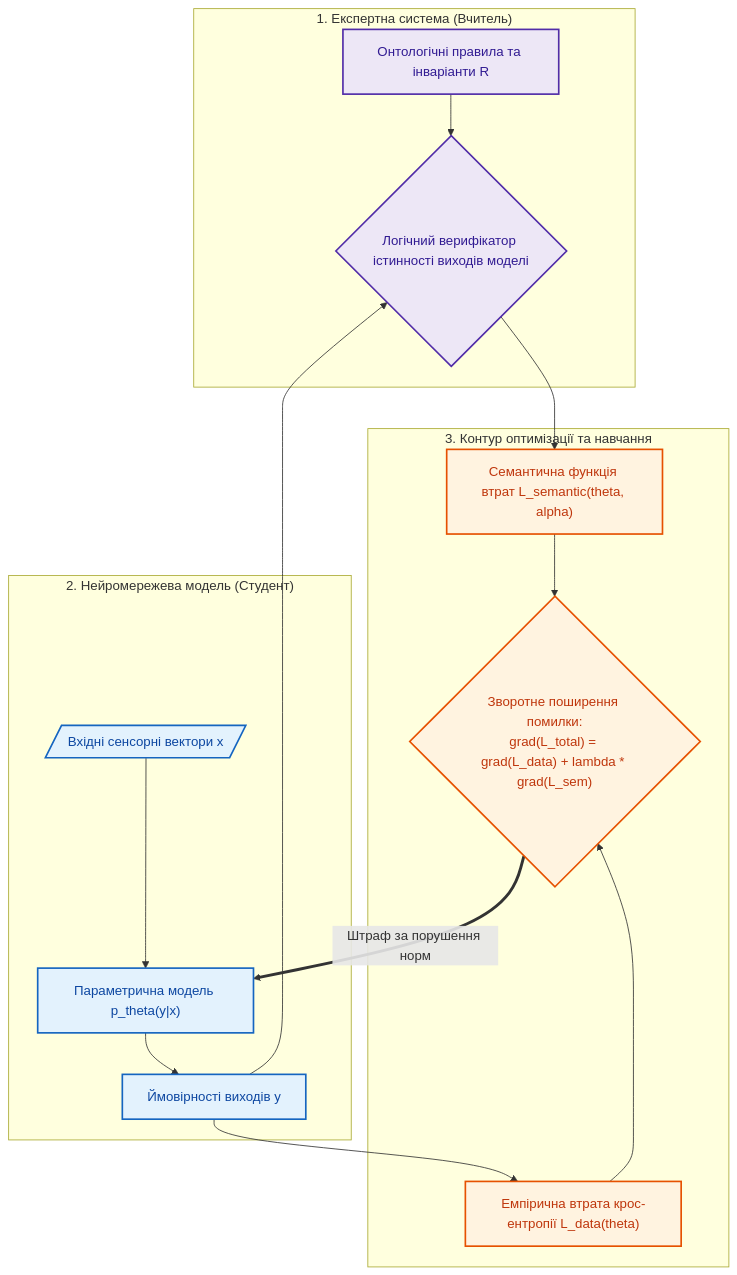
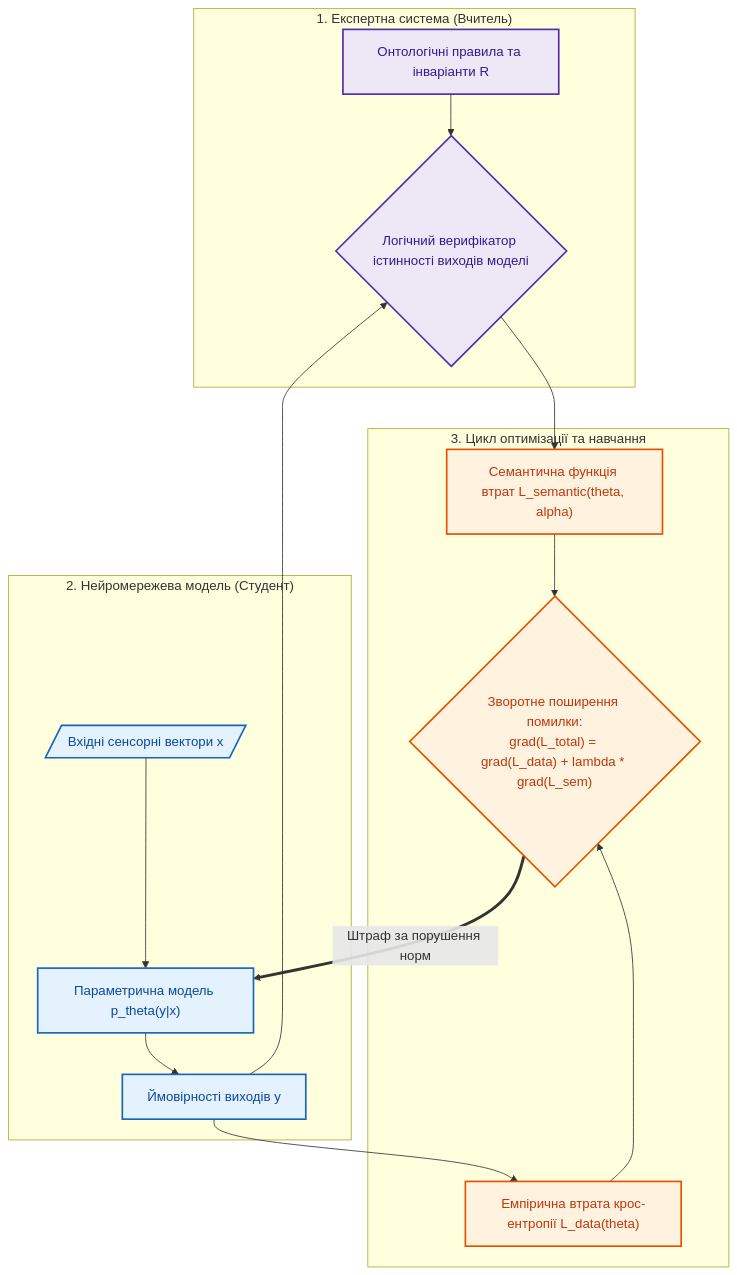
One commit to nick-fedchik/articles changed the second of 5 diagrams in ExpertSystem/ch33-inter-system-knowledge-exchange-and-model-teaching.md. Above: the diagram before and after it, drawn with Mermaid. The commit also changed other lines of this file and 375 other files, not shown here.

````diff
--- a/ExpertSystem/ch33-inter-system-knowledge-exchange-and-model-teaching.md
+++ b/ExpertSystem/ch33-inter-system-knowledge-exchange-and-model-teaching.md
@@ -150,42 +150,42 @@
 ```mermaid
 flowchart TD
     accTitle: Конвеєр символьної дистиляції знань через семантичні втрати
     accDescr: Архітектура передачі формальних онтологічних норм у нейромережеву модель через градієнтний штраф семантичної функції втрат.
 
     subgraph Teacher["1. Експертна система (Вчитель)"]
         Onto["Онтологічні правила та інваріанти R"]
         Eval{"Логічний верифікатор істинності виходів моделі"}
     end
 
     subgraph Student["2. Нейромережева модель (Студент)"]
         InputData[/"Вхідні сенсорні вектори x"/]
         Model["Параметрична модель p_theta(y|x)"]
         Outputs["Ймовірності виходів y"]
     end
 
-    subgraph Optimization["3. Контур оптимізації та навчання"]
+    subgraph Optimization["3. Цикл оптимізації та навчання"]
         DataLoss["Емпірична втрата крос-ентропії L_data(theta)"]
         SemLoss["Семантична функція втрат L_semantic(theta, alpha)"]
         Grad{"Зворотне поширення помилки:<br/>grad(L_total) = grad(L_data) + lambda * grad(L_sem)"}
     end
 
     InputData --> Model
     Model --> Outputs
     Outputs --> DataLoss
     Outputs --> Eval
 
     Onto --> Eval
     Eval --> SemLoss
 
     DataLoss --> Grad
     SemLoss --> Grad
     Grad ==>|"Штраф за порушення норм"| Model
 
     classDef teacherStyle fill:#ede7f6,stroke:#512da8,stroke-width:2px,color:#311b92;
     classDef studentStyle fill:#e3f2fd,stroke:#1565c0,stroke-width:2px,color:#0d47a1;
     classDef optStyle fill:#fff3e0,stroke:#e65100,stroke-width:2px,color:#bf360c;
 
     class Onto,Eval teacherStyle;
     class InputData,Model,Outputs studentStyle;
     class DataLoss,SemLoss,Grad optStyle;
 ```
````
